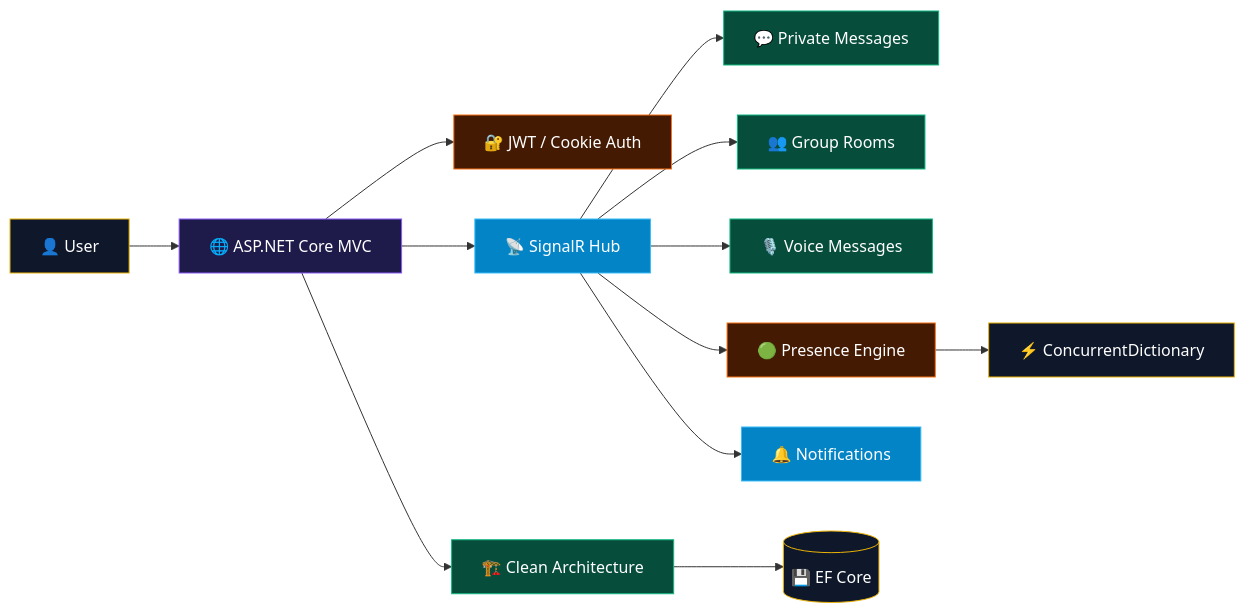
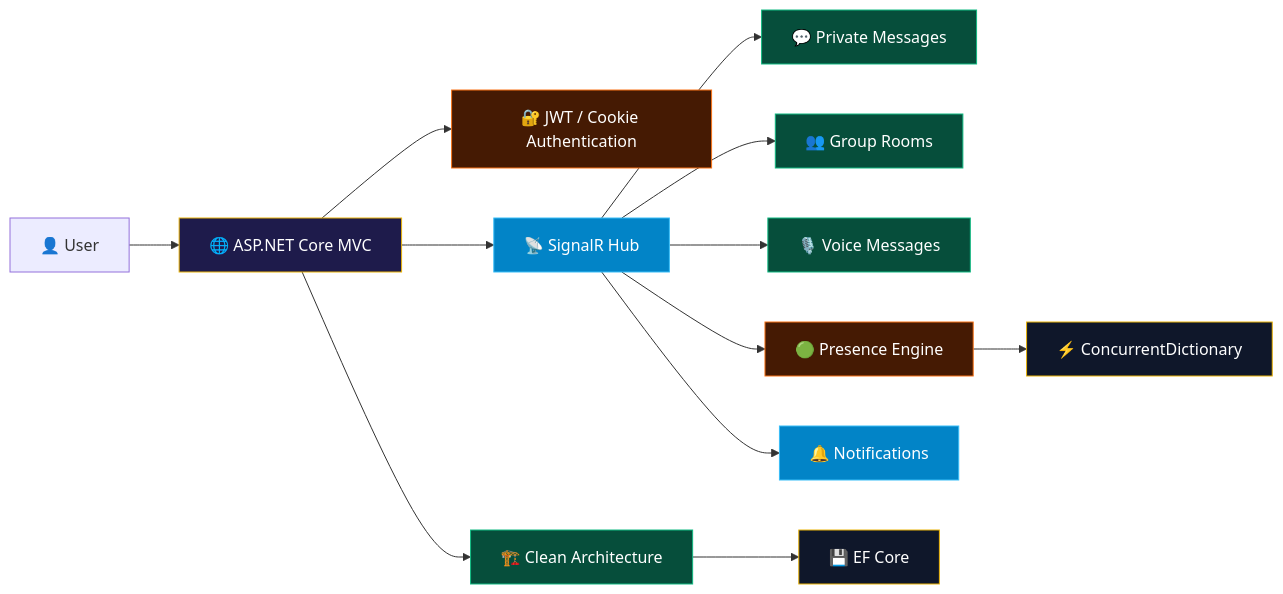
One commit to Nour7Tohamy/Nour7Tohamy changed the third of 3 diagrams in README.md. Above: the diagram before and after it, drawn with Mermaid. The commit also changed other lines of this file, not shown here.

````diff
--- a/README.md
+++ b/README.md
@@ -300,27 +622,33 @@
 ```mermaid
 graph LR
-    A[👤 User] --> B[🌐 ASP.NET Core MVC]
-    B --> C[🔐 JWT / Cookie Auth]
-    B --> D[📡 SignalR Hub]
-    D --> E[💬 Private Messages]
-    D --> F[👥 Group Rooms]
-    D --> G[🎙️ Voice Messages]
-    D --> H[🟢 Presence Engine]
-    H --> I[⚡ ConcurrentDictionary]
-    D --> J[🔔 Notifications]
-    B --> K[🏗️ Clean Architecture]
-    K --> L[(💾 EF Core)]
 
-    style A fill:#0f172a,stroke:#eab308,color:#fff
-    style B fill:#1e1b4b,stroke:#8b5cf6,color:#fff
-    style C fill:#451a03,stroke:#f97316,color:#fff
-    style D fill:#0284c7,stroke:#38bdf8,color:#fff
-    style E fill:#064e3b,stroke:#10b981,color:#fff
-    style F fill:#064e3b,stroke:#10b981,color:#fff
-    style G fill:#064e3b,stroke:#10b981,color:#fff
-    style H fill:#451a03,stroke:#f97316,color:#fff
-    style I fill:#0f172a,stroke:#eab308,color:#fff
-    style J fill:#0284c7,stroke:#38bdf8,color:#fff
-    style K fill:#064e3b,stroke:#10b981,color:#fff
-    style L fill:#0f172a,stroke:#eab308,color:#fff
+    USER["👤 User"] --> MVC["🌐 ASP.NET Core MVC"]
+
+    MVC --> AUTH["🔐 JWT / Cookie Authentication"]
+
+    MVC --> HUB["📡 SignalR Hub"]
+
+    HUB --> PRIVATE["💬 Private Messages"]
+    HUB --> GROUP["👥 Group Rooms"]
+    HUB --> VOICE["🎙️ Voice Messages"]
+
+    HUB --> PRESENCE["🟢 Presence Engine"]
+    PRESENCE --> MEMORY["⚡ ConcurrentDictionary"]
+
+    HUB --> NOTIFY["🔔 Notifications"]
+
+    MVC --> CLEAN["🏗️ Clean Architecture"]
+    CLEAN --> EF["💾 EF Core"]
+
+    style MVC fill:#1e1b4b,stroke:#eab308,color:#fff
+    style AUTH fill:#451a03,stroke:#f97316,color:#fff
+    style HUB fill:#0284c7,stroke:#38bdf8,color:#fff
+    style PRIVATE fill:#064e3b,stroke:#10b981,color:#fff
+    style GROUP fill:#064e3b,stroke:#10b981,color:#fff
+    style VOICE fill:#064e3b,stroke:#10b981,color:#fff
+    style PRESENCE fill:#451a03,stroke:#f97316,color:#fff
+    style MEMORY fill:#0f172a,stroke:#eab308,color:#fff
+    style NOTIFY fill:#0284c7,stroke:#38bdf8,color:#fff
+    style CLEAN fill:#064e3b,stroke:#10b981,color:#fff
+    style EF fill:#0f172a,stroke:#eab308,color:#fff
 ```
````
